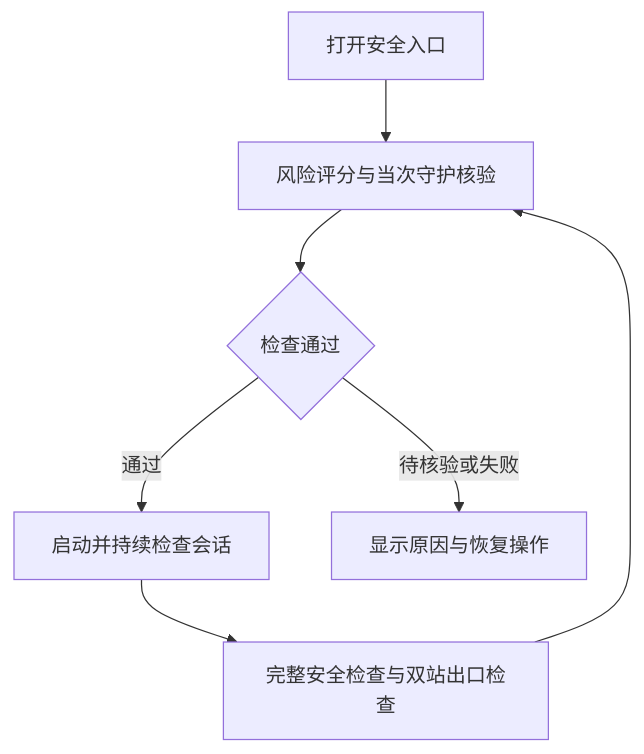
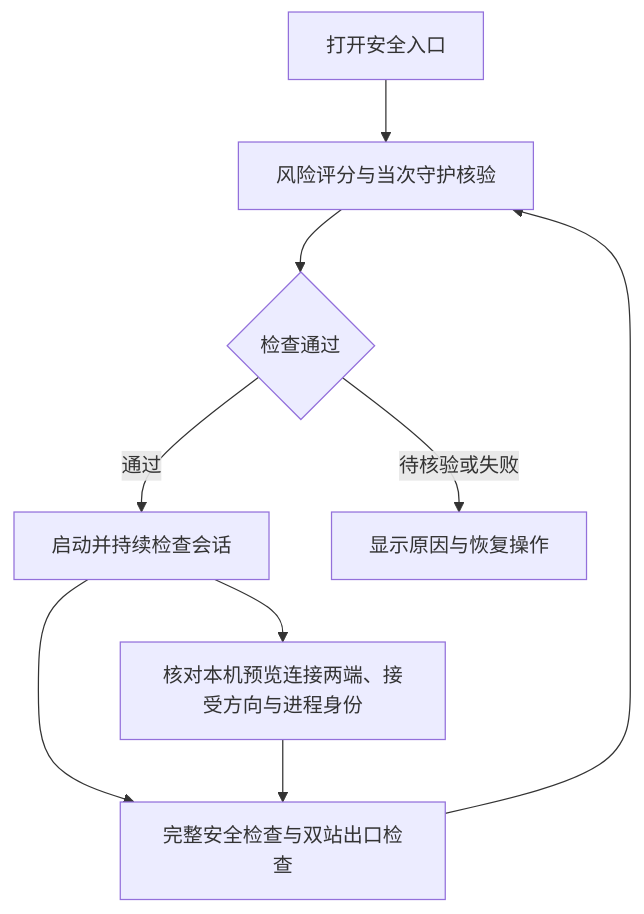
One commit to cr20085361/claude-code-protection-tool changed the second of 3 diagrams in README.md. Above: the diagram before and after it, drawn with Mermaid. The commit also changed other lines of this file and 10 other files, not shown here.

````diff
--- a/README.md
+++ b/README.md
@@ -100,9 +103,11 @@
 ```mermaid
 flowchart TD
   A["打开安全入口"] --> B["风险评分与当次守护核验"]
   B --> C{"检查通过"}
   C -->|"通过"| D["启动并持续检查会话"]
   C -->|"待核验或失败"| E["显示原因与恢复操作"]
   D --> F["完整安全检查与双站出口检查"]
+  D --> G["核对本机预览连接两端、接受方向与进程身份"]
+  G --> F
   F --> B
 ```
````
